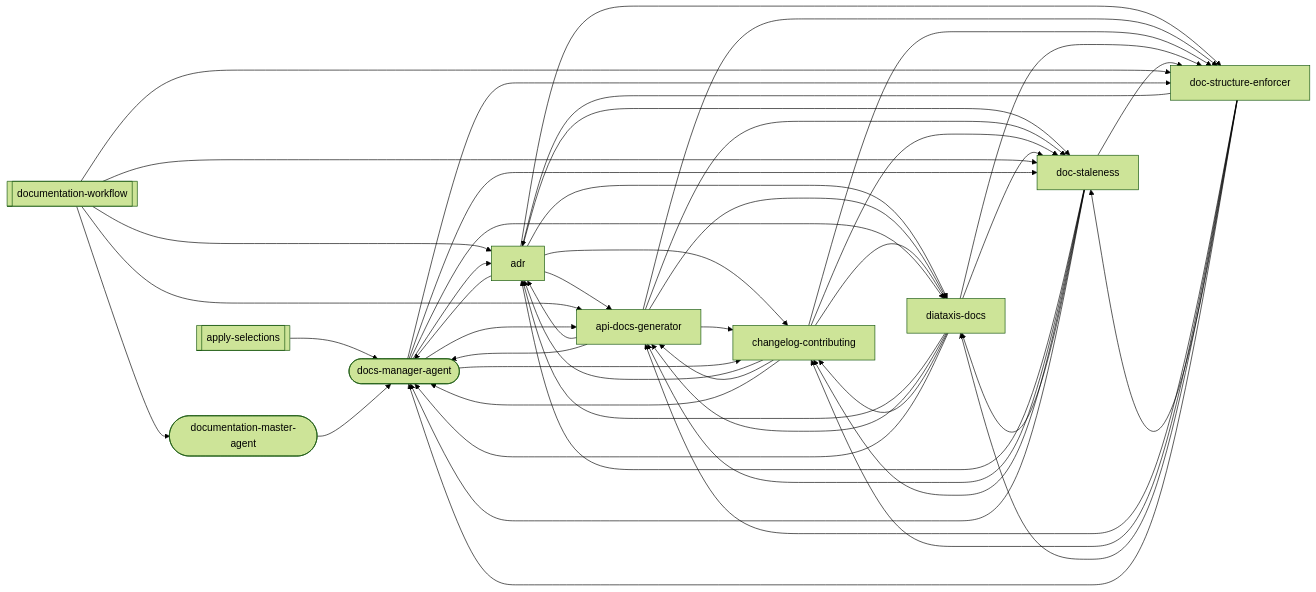
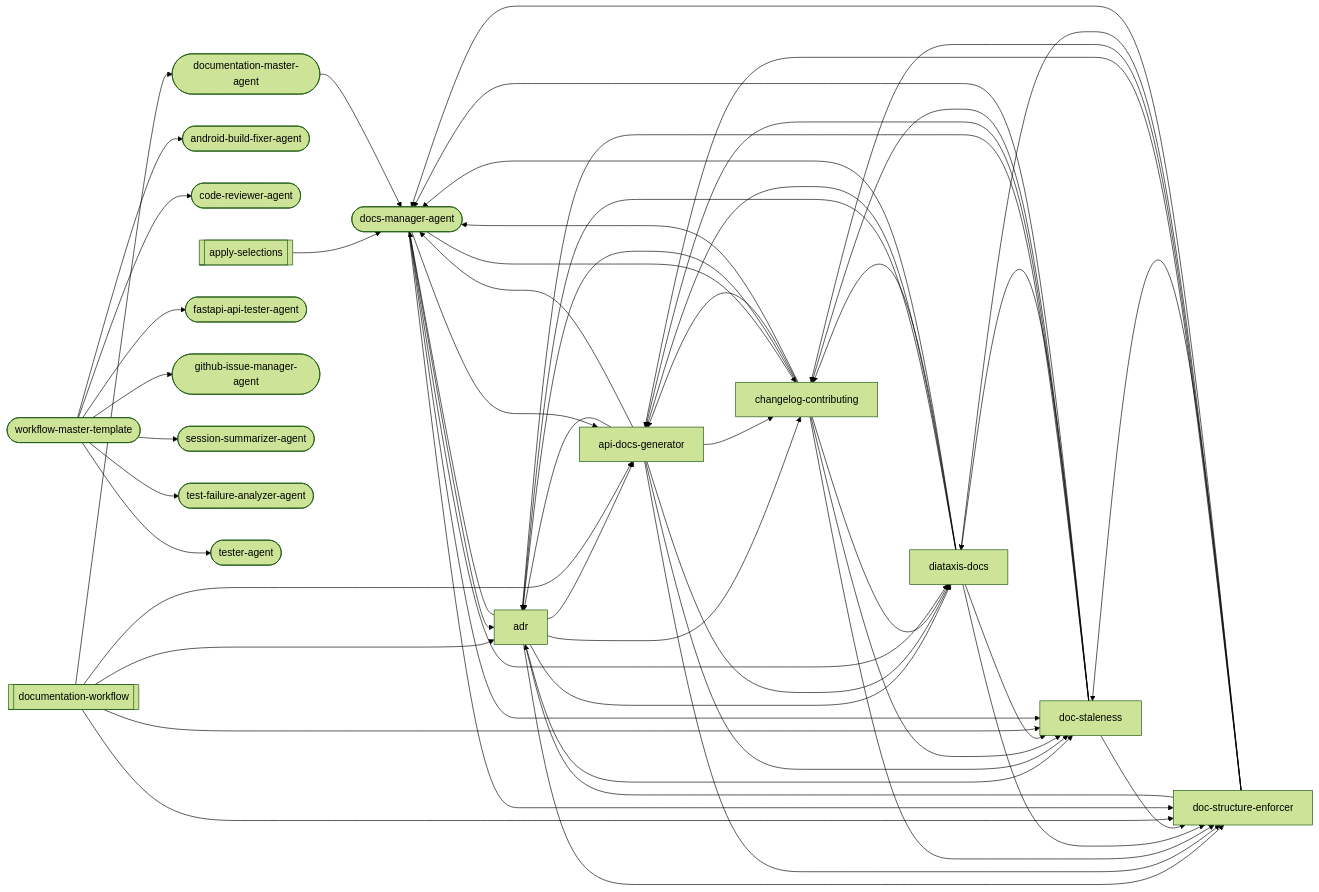
One commit to abhayla/claude-best-practices changed the fourth of 12 diagrams in docs/workflows/documentation.md. Above: the diagram before and after it, drawn with Mermaid (forest theme). The commit also changed other lines of this file and 14 other files, not shown here.

````diff
--- a/docs/workflows/documentation.md
+++ b/docs/workflows/documentation.md
@@ -440,62 +455,77 @@
 ```mermaid
 graph LR
     apply_selections[["apply-selections"]]
     documentation_workflow[["documentation-workflow"]]
+    workflow_master_template(["workflow-master-template"])
     adr["adr"]
+    android_build_fixer_agent(["android-build-fixer-agent"])
     api_docs_generator["api-docs-generator"]
     changelog_contributing["changelog-contributing"]
+    code_reviewer_agent(["code-reviewer-agent"])
     diataxis_docs["diataxis-docs"]
     doc_staleness["doc-staleness"]
     doc_structure_enforcer["doc-structure-enforcer"]
     docs_manager_agent(["docs-manager-agent"])
     documentation_master_agent(["documentation-master-agent"])
+    fastapi_api_tester_agent(["fastapi-api-tester-agent"])
+    github_issue_manager_agent(["github-issue-manager-agent"])
+    session_summarizer_agent(["session-summarizer-agent"])
+    test_failure_analyzer_agent(["test-failure-analyzer-agent"])
+    tester_agent(["tester-agent"])
     adr --> api_docs_generator
     adr --> changelog_contributing
     adr --> diataxis_docs
     adr --> doc_staleness
     adr --> doc_structure_enforcer
     adr --> docs_manager_agent
     api_docs_generator --> adr
     api_docs_generator --> changelog_contributing
     api_docs_generator --> diataxis_docs
     api_docs_generator --> doc_staleness
     api_docs_generator --> doc_structure_enforcer
     api_docs_generator --> docs_manager_agent
     apply_selections --> docs_manager_agent
     changelog_contributing --> adr
     changelog_contributing --> api_docs_generator
     changelog_contributing --> diataxis_docs
     changelog_contributing --> doc_staleness
     changelog_contributing --> doc_structure_enforcer
     changelog_contributing --> docs_manager_agent
     diataxis_docs --> adr
     diataxis_docs --> api_docs_generator
     diataxis_docs --> changelog_contributing
     diataxis_docs --> doc_staleness
     diataxis_docs --> doc_structure_enforcer
     diataxis_docs --> docs_manager_agent
     doc_staleness --> adr
     doc_staleness --> api_docs_generator
     doc_staleness --> changelog_contributing
     doc_staleness --> diataxis_docs
     doc_staleness --> doc_structure_enforcer
     doc_staleness --> docs_manager_agent
     doc_structure_enforcer --> adr
     doc_structure_enforcer --> api_docs_generator
     doc_structure_enforcer --> changelog_contributing
     doc_structure_enforcer --> diataxis_docs
     doc_structure_enforcer --> doc_staleness
     doc_structure_enforcer --> docs_manager_agent
     documentation_workflow --> adr
     documentation_workflow --> api_docs_generator
     documentation_workflow --> doc_staleness
     documentation_workflow --> doc_structure_enforcer
     documentation_workflow --> documentation_master_agent
     docs_manager_agent --> adr
     docs_manager_agent --> api_docs_generator
     docs_manager_agent --> changelog_contributing
     docs_manager_agent --> diataxis_docs
     docs_manager_agent --> doc_staleness
     docs_manager_agent --> doc_structure_enforcer
     documentation_master_agent --> docs_manager_agent
+    workflow_master_template --> android_build_fixer_agent
+    workflow_master_template --> code_reviewer_agent
+    workflow_master_template --> fastapi_api_tester_agent
+    workflow_master_template --> github_issue_manager_agent
+    workflow_master_template --> session_summarizer_agent
+    workflow_master_template --> test_failure_analyzer_agent
+    workflow_master_template --> tester_agent
 ```
````
